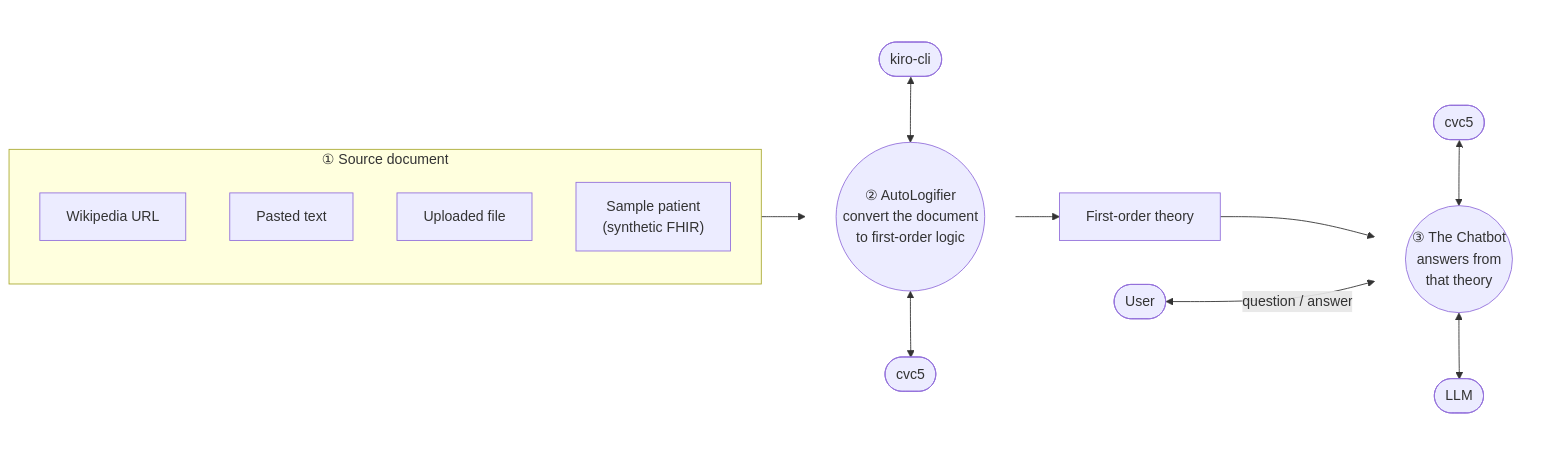
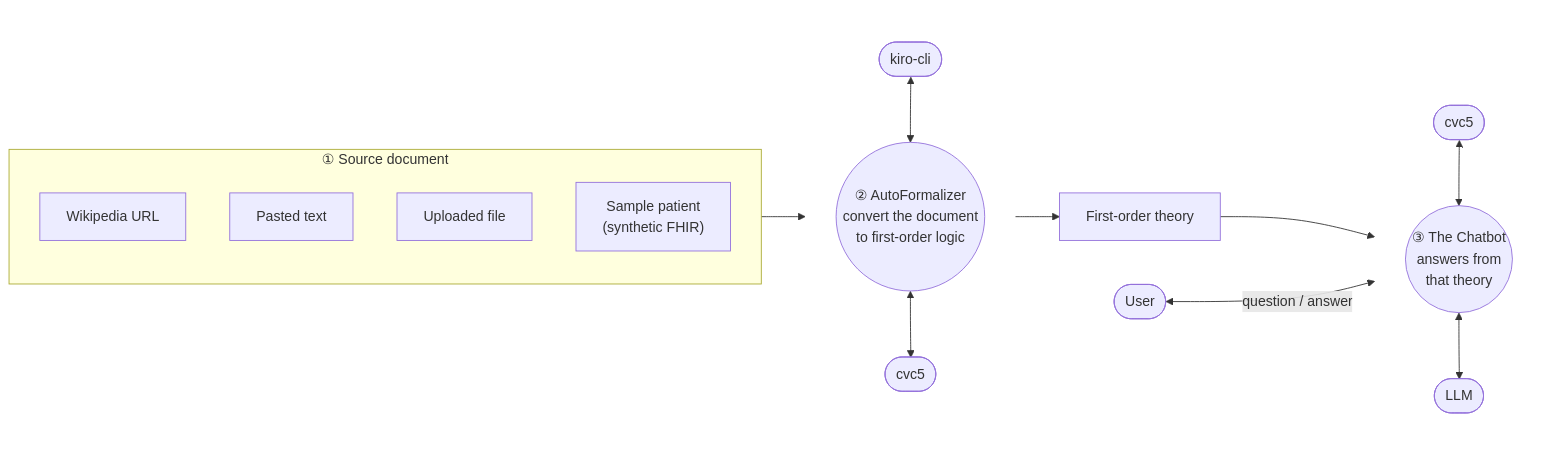
The second of 3 diagrams in README.md (aws-samples/sample-provably-correct-chatbot-using-first-order-logic), drawn with Mermaid before and after one commit. The commit also changed other lines of this file, not shown here.

Commit message:
docs(readme): rename the AutoLogifier to the AutoFormalizer

````diff
--- a/README.md
+++ b/README.md
@@ -326,41 +326,41 @@
 ```mermaid
 flowchart LR
     subgraph s1["① Source document"]
         direction TB
         wiki["Wikipedia URL"]
         paste["Pasted text"]
         upload["Uploaded file"]
         fhir["Sample patient<br/>(synthetic FHIR)"]
     end
 
-    %% kiro-cli above and cvc5 below the AutoLogifier, and cvc5 above and
+    %% kiro-cli above and cvc5 below the AutoFormalizer, and cvc5 above and
     %% the LLM below the Chatbot: each trio sits in a top-to-bottom subgraph,
     %% which keeps its middle node level with the First-order theory. Edges
     %% from outside link to the subgraph, not to the node inside it, or
     %% Mermaid would ignore the subgraph's direction.
     subgraph s2[" "]
         direction TB
         kiro(["kiro-cli"])
-        auto(("② AutoLogifier<br/>convert the document<br/>to first-order logic"))
+        auto(("② AutoFormalizer<br/>convert the document<br/>to first-order logic"))
         cvc5a(["cvc5"])
         kiro <--> auto
         auto <--> cvc5a
     end
     theory["First-order theory"]
 
     subgraph s3[" "]
         direction TB
         cvc5b(["cvc5"])
         bot(("③ The Chatbot<br/>answers from<br/>that theory"))
         llm(["LLM"])
         cvc5b <--> bot
         bot <--> llm
     end
     user(["User"])
 
     s1 --> s2
     s2 --> theory --> s3
     user <-- "question / answer" --> s3
     style s2 fill:none,stroke:none
     style s3 fill:none,stroke:none
 ```
````
